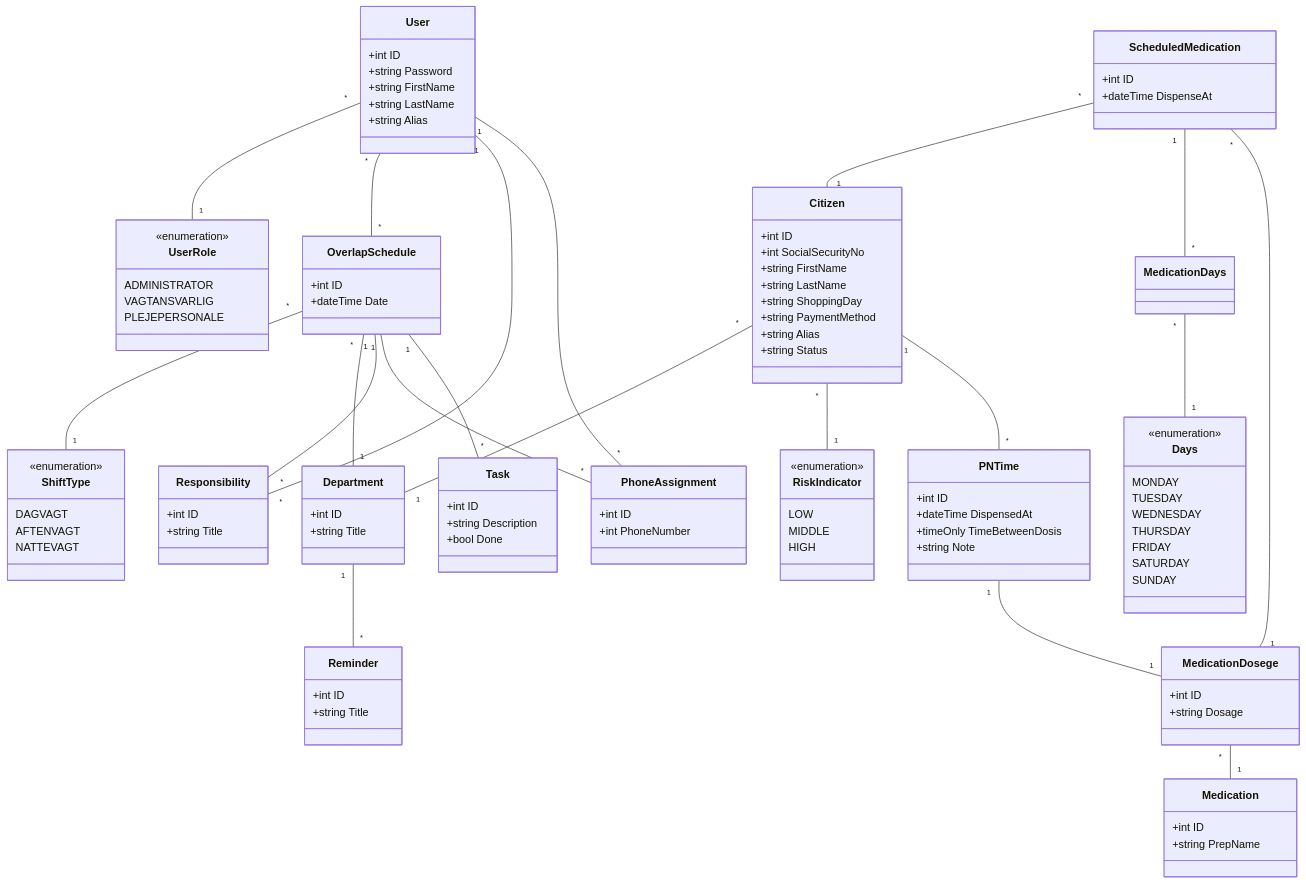
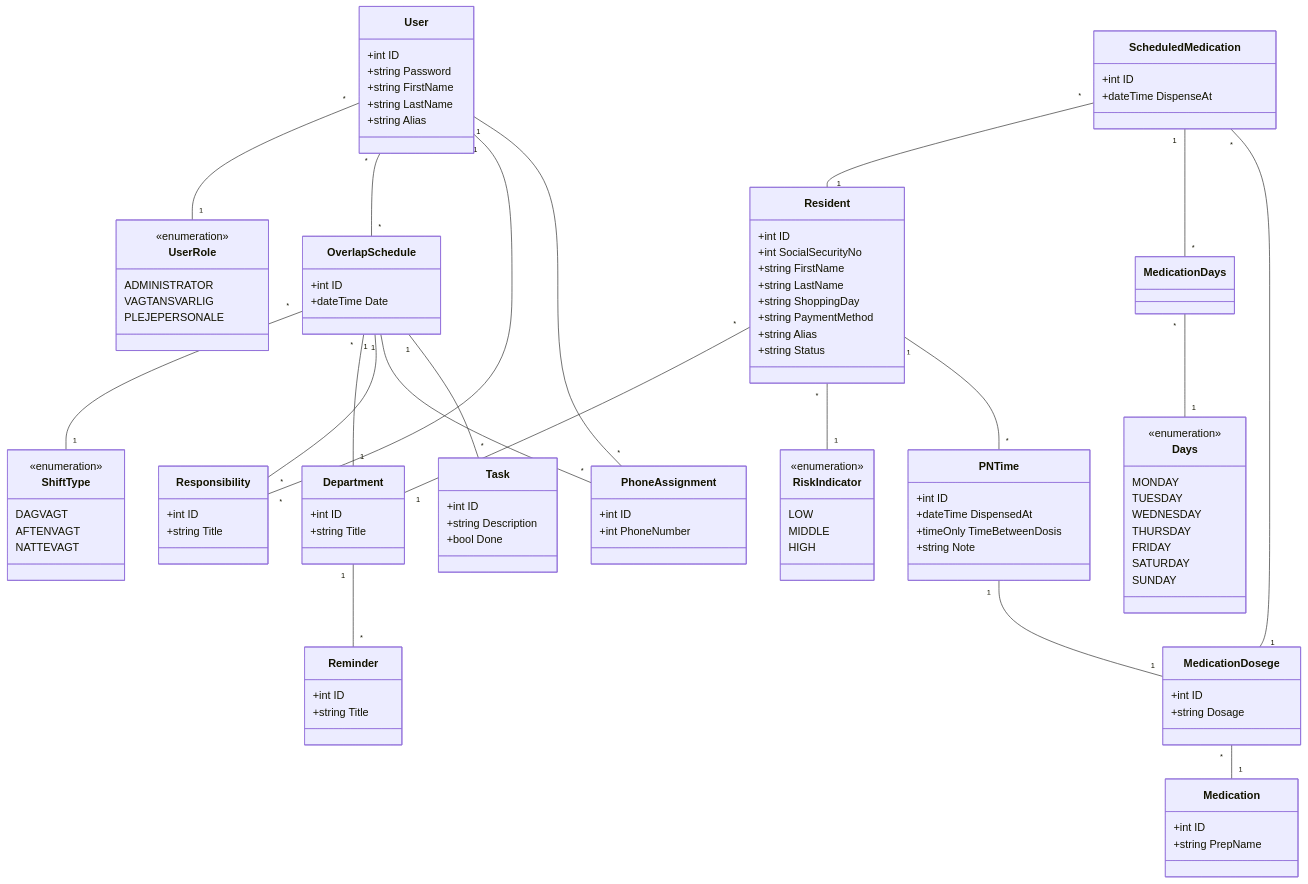
Before and after one commit to Wuway/team7slottetfrontend: the diagram in Model DCD.mmd, drawn with Mermaid.

Commit message:
Correction to DCD

```diff
--- a/Model DCD.mmd
+++ b/Model DCD.mmd
@@ -1,115 +1,115 @@
 classDiagram
    User "*" -- "1" UserRole
    OverlapSchedule "*" -- "1" ShiftType
    User "*" -- "*" OverlapSchedule
    OverlapSchedule "*" -- "1" Department
-   Citizen "*" -- "1" Department
-   Citizen "*" -- "1" RiskIndicator
+   Resident "*" -- "1" Department
+   Resident "*" -- "1" RiskIndicator
    OverlapSchedule "1" -- "*" Responsibility
    Department "1" -- "*" Reminder
    OverlapSchedule "1" -- "*" PhoneAssignment
    OverlapSchedule "1" -- "*" Task
    User "1" -- "*" Responsibility
    User "1" -- "*" PhoneAssignment
-   ScheduledMedication "*" -- "1" Citizen
+   ScheduledMedication "*" -- "1" Resident
    ScheduledMedication "1" -- "*" MedicationDays
    ScheduledMedication "*" -- "1" MedicationDosege
    MedicationDosege "*" -- "1" Medication
    PNTime "1" -- "1" MedicationDosege
    MedicationDays "*" -- "1" Days
-   Citizen "1" -- "*" PNTime
+   Resident "1" -- "*" PNTime
 
 
     class OverlapSchedule{
       +int ID
       +dateTime Date
 
     }
     class ShiftType{
       <<enumeration>>
       DAGVAGT
       AFTENVAGT
       NATTEVAGT
     }
-    class Citizen{
+    class Resident{
       +int ID 
       +int SocialSecurityNo
       +string FirstName
       +string LastName
       +string ShoppingDay
       +string PaymentMethod 
       +string Alias
       +string Status 
     }
     class Task{
       +int ID
       +string Description
       +bool Done
     }
     class Department{
       +int ID
       +string Title
     }
     class RiskIndicator{
      <<enumeration>>
       LOW
       MIDDLE
       HIGH
     }
     class Responsibility{
       +int ID
       +string Title
     }
     class PhoneAssignment{
       +int ID
       +int PhoneNumber
     }
     class Reminder{
       +int ID
       +string Title 
     }
     class User{
       +int ID
       +string Password
       +string FirstName
       +string LastName
       +string Alias
     }
     class UserRole{
      <<enumeration>>
       ADMINISTRATOR
       VAGTANSVARLIG
       PLEJEPERSONALE
     }
     class Medication{
      +int ID
      +string PrepName  
     }
     class MedicationDays{
     }
     class Days{
      <<enumeration>>
      MONDAY
      TUESDAY
      WEDNESDAY
      THURSDAY
      FRIDAY
      SATURDAY
      SUNDAY
     }
     class PNTime{
      +int ID
      +dateTime DispensedAt
      +timeOnly TimeBetweenDosis
      +string Note
 
     }
     class ScheduledMedication{
      +int ID
      +dateTime DispenseAt    
     }
 
     class MedicationDosege{
      +int ID
      +string Dosage
     }
```
